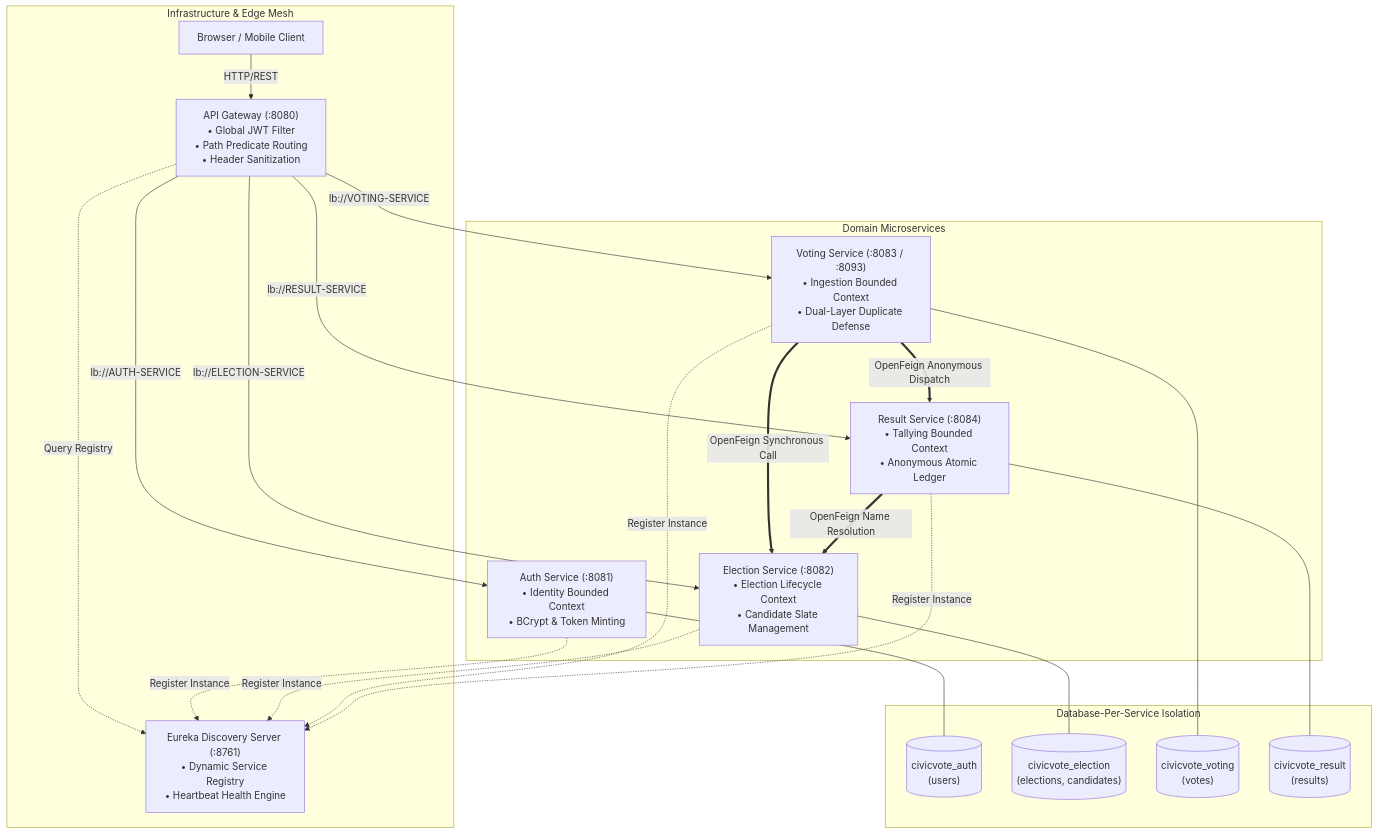
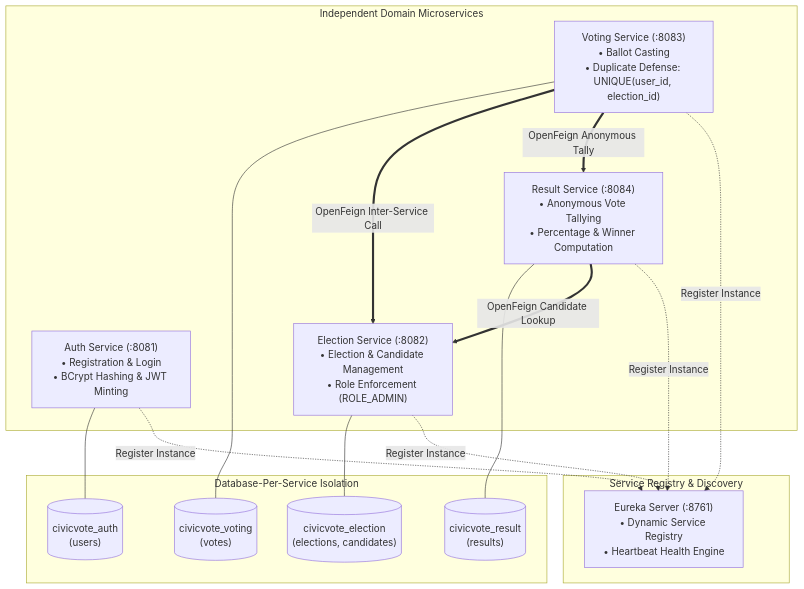
One commit to Akhil-28407/SOA_PROJECT changed the diagram in civicvote/docs/architecture.md. Above: the diagram before and after it, drawn with Mermaid. The commit also changed other lines of this file and 95 other files, not shown here.

````diff
--- a/civicvote/docs/architecture.md
+++ b/civicvote/docs/architecture.md
@@ -10,43 +11,34 @@
 ```mermaid
 graph TB
-    subgraph Edge["Infrastructure & Edge Mesh"]
-        Client["Browser / Mobile Client"]
-        Gateway["API Gateway (:8080)<br/>• Global JWT Filter<br/>• Path Predicate Routing<br/>• Header Sanitization"]
-        Eureka["Eureka Discovery Server (:8761)<br/>• Dynamic Service Registry<br/>• Heartbeat Health Engine"]
+    subgraph Discovery["Service Registry & Discovery"]
+        Eureka["Eureka Server (:8761)<br/>• Dynamic Service Registry<br/>• Heartbeat Health Engine"]
     end
 
-    subgraph CoreServices["Domain Microservices"]
-        Auth["Auth Service (:8081)<br/>• Identity Bounded Context<br/>• BCrypt & Token Minting"]
-        Election["Election Service (:8082)<br/>• Election Lifecycle Context<br/>• Candidate Slate Management"]
-        Voting["Voting Service (:8083 / :8093)<br/>• Ingestion Bounded Context<br/>• Dual-Layer Duplicate Defense"]
-        Result["Result Service (:8084)<br/>• Tallying Bounded Context<br/>• Anonymous Atomic Ledger"]
+    subgraph CoreServices["Independent Domain Microservices"]
+        Auth["Auth Service (:8081)<br/>• Registration & Login<br/>• BCrypt Hashing & JWT Minting"]
+        Election["Election Service (:8082)<br/>• Election & Candidate Management<br/>• Role Enforcement (ROLE_ADMIN)"]
+        Voting["Voting Service (:8083)<br/>• Ballot Casting<br/>• Duplicate Defense: UNIQUE(user_id, election_id)"]
+        Result["Result Service (:8084)<br/>• Anonymous Vote Tallying<br/>• Percentage & Winner Computation"]
     end
 
     subgraph Storage["Database-Per-Service Isolation"]
         DB_Auth[("civicvote_auth<br/>(users)")]
         DB_Elec[("civicvote_election<br/>(elections, candidates)")]
         DB_Vote[("civicvote_voting<br/>(votes)")]
         DB_Res[("civicvote_result<br/>(results)")]
     end
 
-    Client -->|HTTP/REST| Gateway
-    Gateway -.->|Query Registry| Eureka
-    Gateway -->|lb://AUTH-SERVICE| Auth
-    Gateway -->|lb://ELECTION-SERVICE| Election
-    Gateway -->|lb://VOTING-SERVICE| Voting
-    Gateway -->|lb://RESULT-SERVICE| Result
-
     Auth --- DB_Auth
     Election --- DB_Elec
     Voting --- DB_Vote
     Result --- DB_Res
 
-    Voting ==>|OpenFeign Synchronous Call| Election
-    Voting ==>|OpenFeign Anonymous Dispatch| Result
-    Result ==>|OpenFeign Name Resolution| Election
+    Voting ==>|OpenFeign Inter-Service Call| Election
+    Voting ==>|OpenFeign Anonymous Tally| Result
+    Result ==>|OpenFeign Candidate Lookup| Election
 
     Auth -.->|Register Instance| Eureka
     Election -.->|Register Instance| Eureka
     Voting -.->|Register Instance| Eureka
     Result -.->|Register Instance| Eureka
 ```
````
